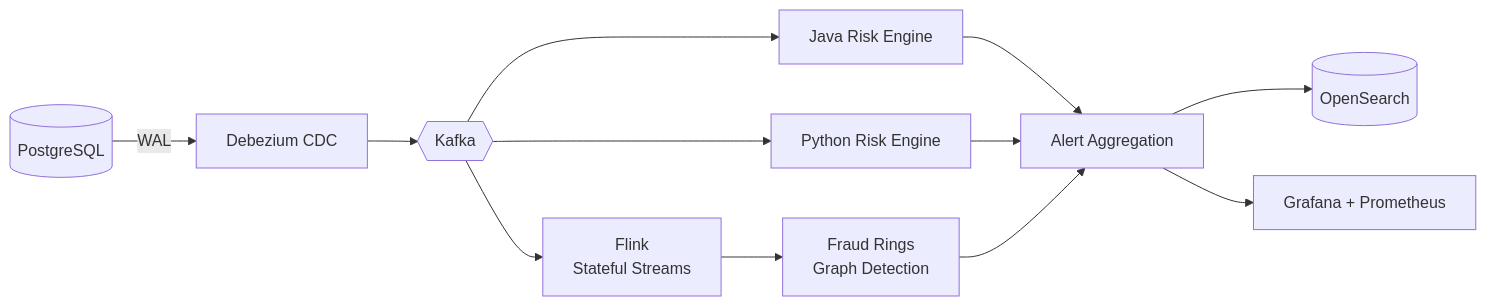
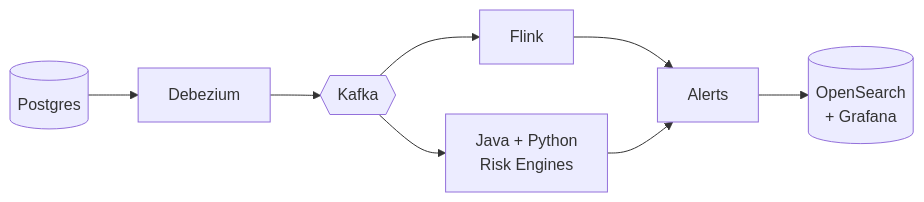
One commit to Caleb-Muinde83/Caleb-Muinde83 changed the first of 2 diagrams in README.md. Above: the diagram before and after it, drawn with Mermaid. The commit also changed other lines of this file, not shown here.

````diff
--- a/README.md
+++ b/README.md
@@ -113,14 +61,10 @@
 ```mermaid
 flowchart LR
-    A[(PostgreSQL)] -->|WAL| B[Debezium CDC]
+    A[(Postgres)] --> B[Debezium]
     B --> C{{Kafka}}
-    C --> D[Flink<br/>Stateful Streams]
-    C --> E[Java Risk Engine]
-    C --> F[Python Risk Engine]
-    D --> G[Fraud Rings<br/>Graph Detection]
-    E --> H[Alert Aggregation]
-    F --> H
-    G --> H
-    H --> I[(OpenSearch)]
-    H --> J[Grafana + Prometheus]
+    C --> D[Flink]
+    C --> E[Java + Python<br/>Risk Engines]
+    D --> F[Alerts]
+    E --> F
+    F --> G[(OpenSearch<br/>+ Grafana)]
 ```
````
